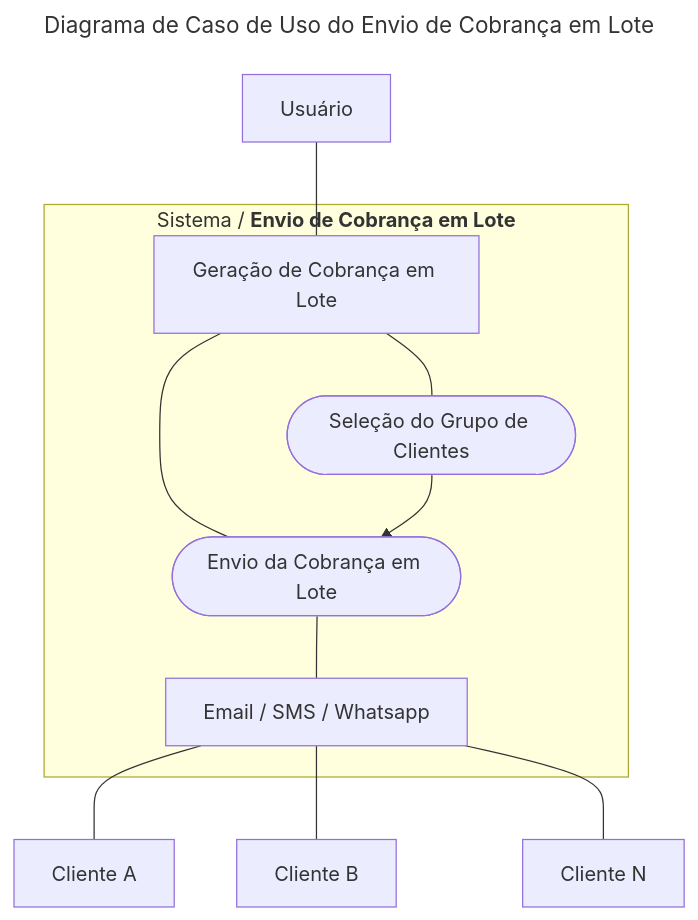
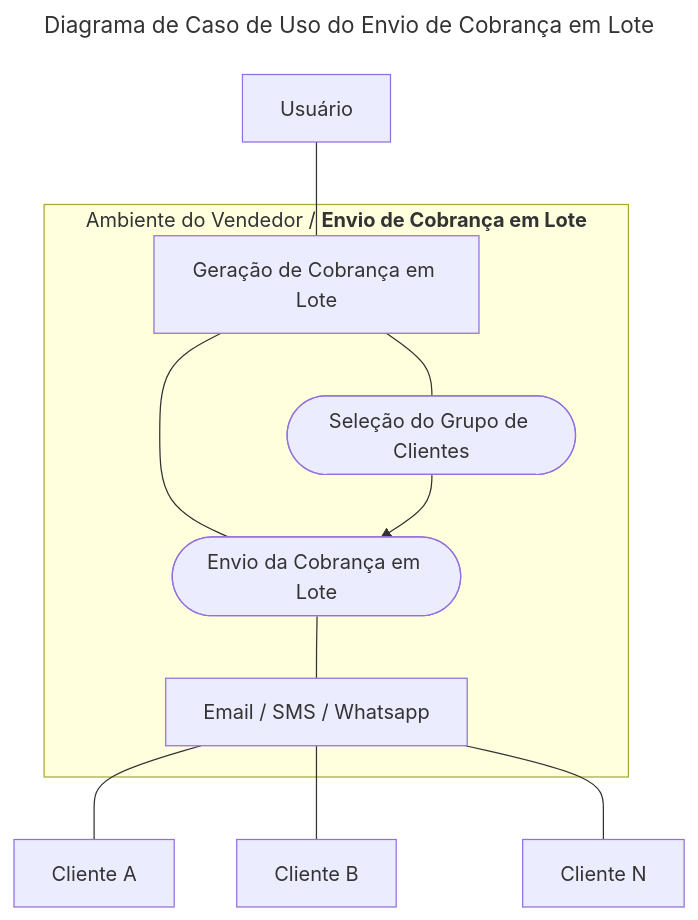
Before and after one commit to h4mn/fatec_tarefas: the ninth of 24 diagrams in engenharia/diagrams.md, drawn with Mermaid. The commit also changed other lines of this file and 2 other files, not shown here.

````diff
--- a/engenharia/diagrams.md
+++ b/engenharia/diagrams.md
@@ -216,16 +216,16 @@
 ```mermaid
 ---
 title: Diagrama de Caso de Uso do Envio de Cobrança em Lote
 ---
 graph TB
     A[Usuário] --- B[Geração de Cobrança em Lote]
-    subgraph "`Sistema / **Envio de Cobrança em Lote**`"
+    subgraph "`Ambiente do Vendedor / **Envio de Cobrança em Lote**`"
         B --- C([Seleção do Grupo de Clientes])
         B --- D([Envio da Cobrança em Lote])
         D --- E[Email / SMS / Whatsapp]
         C --> D
     end
     E --- F[Cliente A]
     E --- G[Cliente B]
     E --- H[Cliente N]
 ```
````
